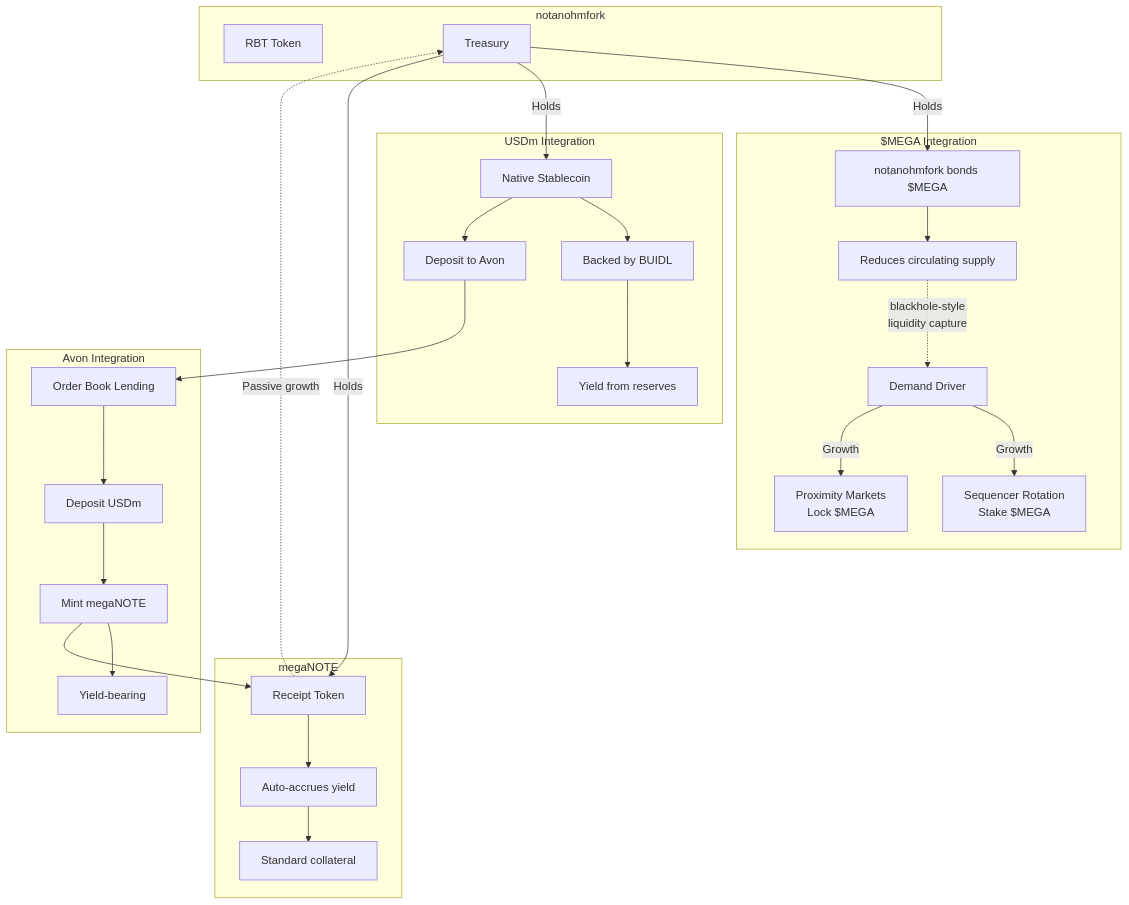
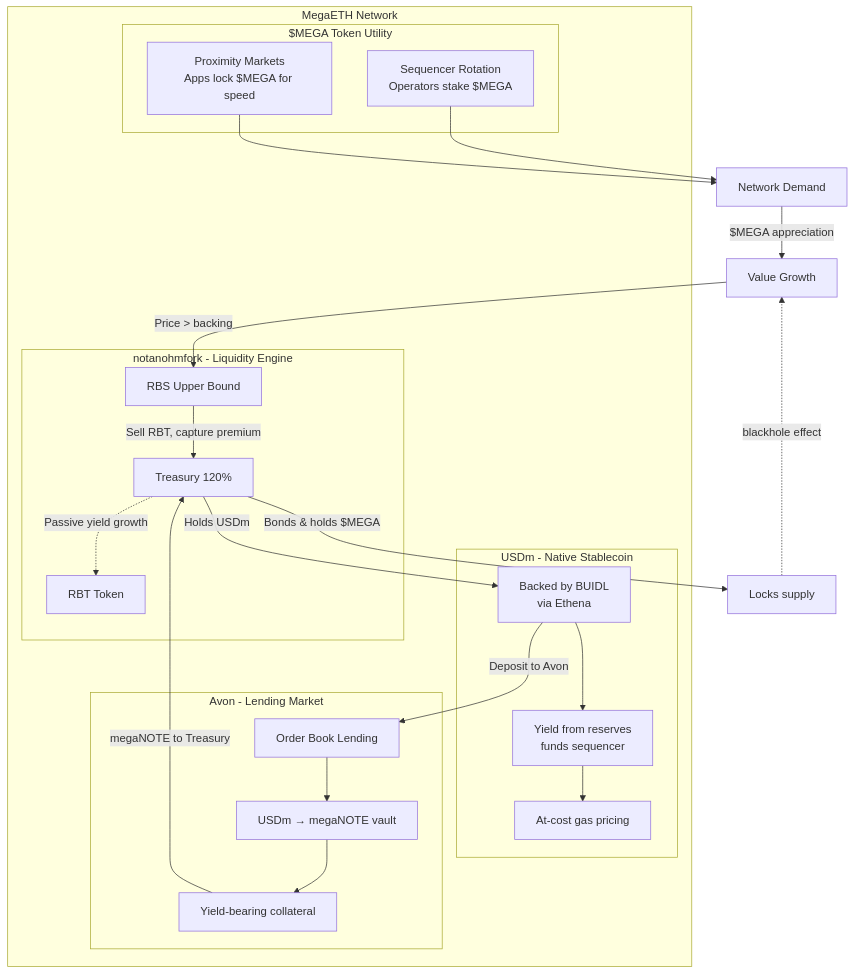
Before and after one commit to 0xJaehaerys/ohmega: the fifth of 10 diagrams in docs/NOTANOHMFORK_DIAGRAMS.md, drawn with Mermaid. The commit also changed other lines of this file, not shown here.

Commit message:
Fix: show notanohmfork as part of MegaETH ecosystem, not separate

````diff
--- a/docs/NOTANOHMFORK_DIAGRAMS.md
+++ b/docs/NOTANOHMFORK_DIAGRAMS.md
@@ -174,57 +174,47 @@
 ```mermaid
 graph TB
-    subgraph "notanohmfork"
-        RBT[RBT Token]
-        TREAS[Treasury]
+    subgraph "MegaETH Network"
+        subgraph "$MEGA Token Utility"
+            M1[Sequencer Rotation<br/>Operators stake $MEGA]
+            M2[Proximity Markets<br/>Apps lock $MEGA for speed]
+        end
+        
+        subgraph "USDm - Native Stablecoin"
+            U1[Backed by BUIDL<br/>via Ethena]
+            U2[Yield from reserves<br/>funds sequencer]
+            U3[At-cost gas pricing]
+        end
+        
+        subgraph "Avon - Lending Market"
+            A1[Order Book Lending]
+            A2[USDm → megaNOTE vault]
+            A3[Yield-bearing collateral]
+        end
+        
+        subgraph "notanohmfork - Liquidity Engine"
+            TREAS[Treasury 120%]
+            RBT[RBT Token]
+            RBS[RBS Upper Bound]
+        end
     end
     
-    subgraph "$MEGA Integration"
-        M1[Sequencer Rotation<br/>Stake $MEGA]
-        M2[Proximity Markets<br/>Lock $MEGA]
-        M3[Demand Driver]
-        M4[notanohmfork bonds $MEGA]
-        M5[Reduces circulating supply]
-    end
+    M1 --> DEMAND[Network Demand]
+    M2 --> DEMAND
+    DEMAND -->|$MEGA appreciation| VALUE[Value Growth]
     
-    subgraph "USDm Integration"
-        U1[Native Stablecoin]
-        U2[Backed by BUIDL]
-        U3[Yield from reserves]
-        U4[Deposit to Avon]
-    end
-    
-    subgraph "Avon Integration"
-        A1[Order Book Lending]
-        A2[Deposit USDm]
-        A3[Mint megaNOTE]
-        A4[Yield-bearing]
-    end
-    
-    subgraph "megaNOTE"
-        N1[Receipt Token]
-        N2[Auto-accrues yield]
-        N3[Standard collateral]
-    end
-    
-    M3 -->|Growth| M1
-    M3 -->|Growth| M2
-    TREAS -->|Holds| M4
-    M4 --> M5
-    M5 -.->|"blackhole-style<br/>liquidity capture"| M3
+    TREAS -->|Bonds & holds $MEGA| LOCK[Locks supply]
+    LOCK -.->|"blackhole effect"| VALUE
     
     U1 --> U2
     U2 --> U3
-    TREAS -->|Holds| U1
-    U1 --> U4
-    U4 --> A1
+    TREAS -->|Holds USDm| U1
+    U1 -->|Deposit to Avon| A1
     
     A1 --> A2
     A2 --> A3
-    A3 --> A4
+    A3 -->|megaNOTE to Treasury| TREAS
+    TREAS -.->|Passive yield growth| RBT
     
-    A3 --> N1
-    N1 --> N2
-    N2 --> N3
-    TREAS -->|Holds| N1
-    N1 -.->|Passive growth| TREAS
+    VALUE -->|Price > backing| RBS
+    RBS -->|Sell RBT, capture premium| TREAS
 ```
````
